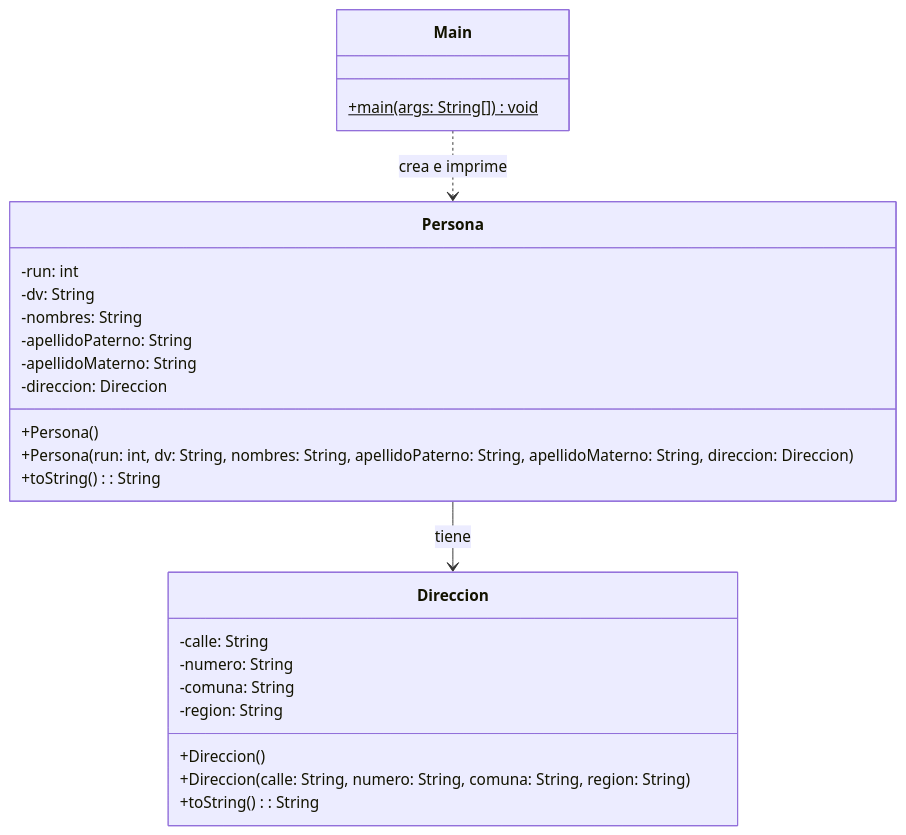
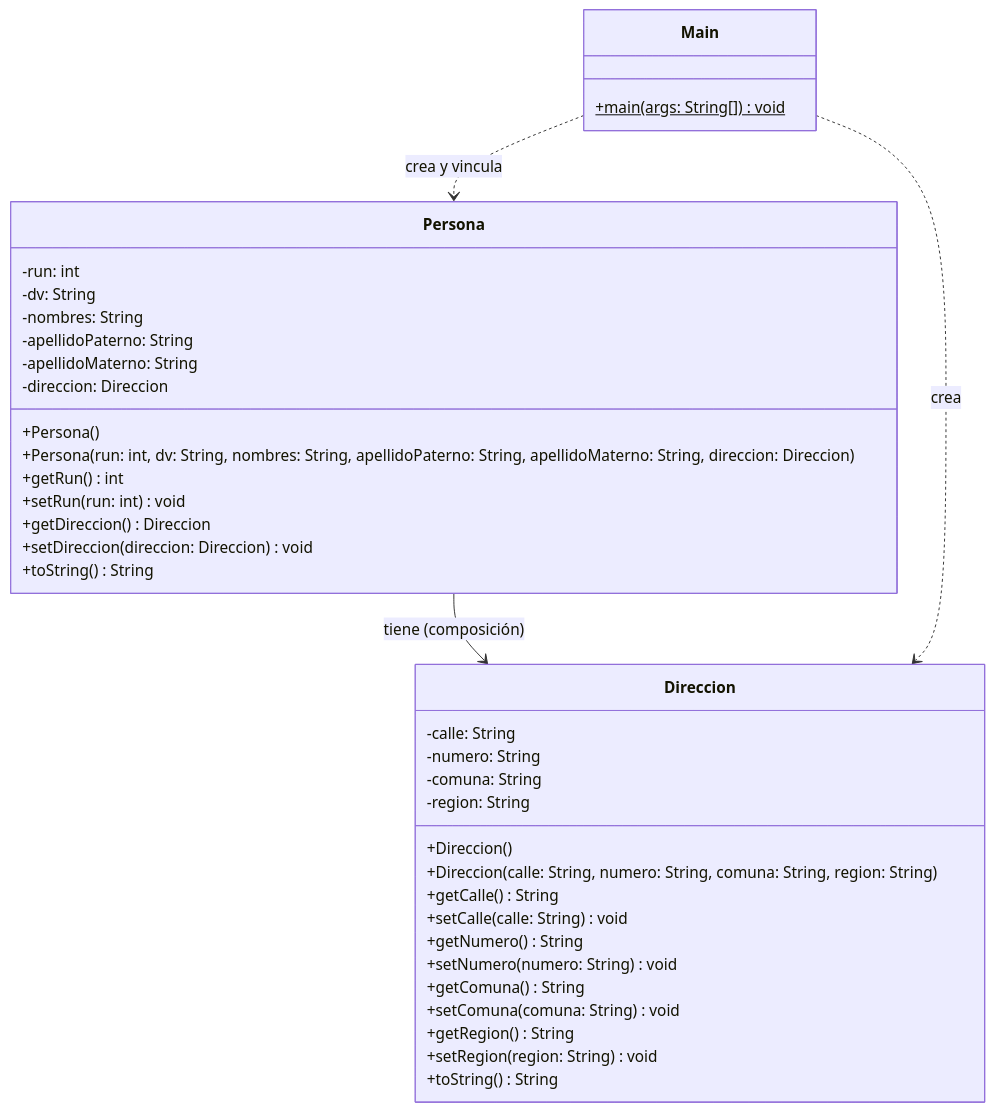
One commit to elprofecarreno/poo-fundaments changed the second of 3 diagrams in 05/README.md. Above: the diagram before and after it, drawn with Mermaid. The commit also changed other lines of this file and 15 other files, not shown here.

````diff
--- a/05/README.md
+++ b/05/README.md
@@ -11,31 +58,44 @@
 ```mermaid
 classDiagram
     class Direccion {
         -calle: String
         -numero: String
         -comuna: String
         -region: String
         +Direccion()
         +Direccion(calle: String, numero: String, comuna: String, region: String)
-        +toString(): String
+        +getCalle() String
+        +setCalle(calle: String) void
+        +getNumero() String
+        +setNumero(numero: String) void
+        +getComuna() String
+        +setComuna(comuna: String) void
+        +getRegion() String
+        +setRegion(region: String) void
+        +toString() String
     }
 
     class Persona {
         -run: int
         -dv: String
         -nombres: String
         -apellidoPaterno: String
         -apellidoMaterno: String
         -direccion: Direccion
         +Persona()
         +Persona(run: int, dv: String, nombres: String, apellidoPaterno: String, apellidoMaterno: String, direccion: Direccion)
-        +toString(): String
+        +getRun() int
+        +setRun(run: int) void
+        +getDireccion() Direccion
+        +setDireccion(direccion: Direccion) void
+        +toString() String
     }
 
     class Main {
         +main(args: String[])$ void
     }
 
-    Persona --> Direccion : tiene
-    Main ..> Persona : crea e imprime
+    Persona --> Direccion : tiene (composición)
+    Main ..> Persona : crea y vincula
+    Main ..> Direccion : crea
 ```
````
